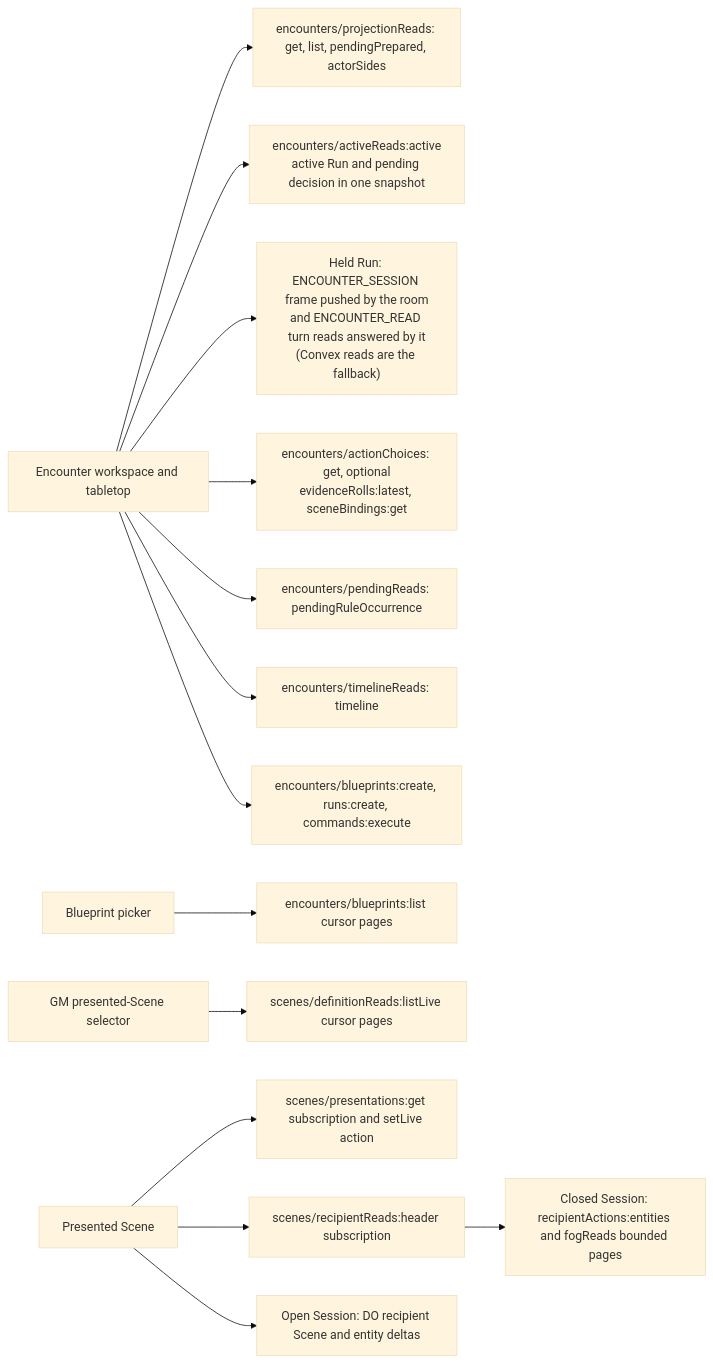
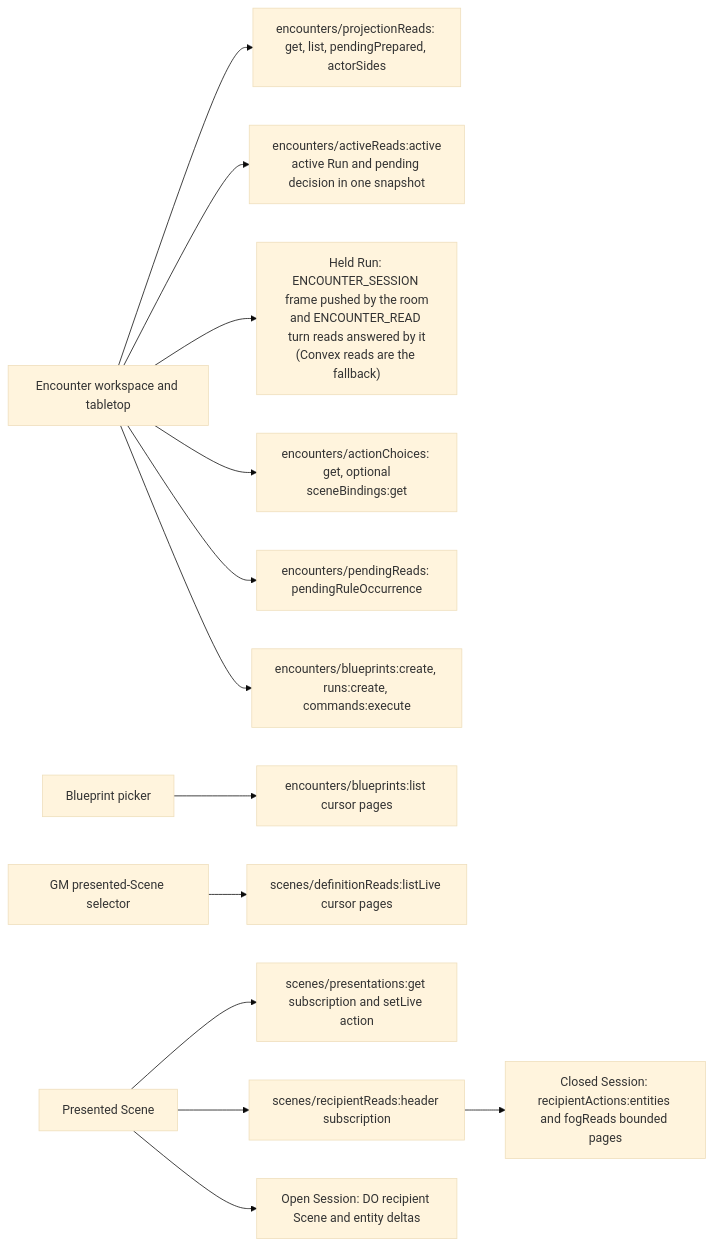
Before and after one commit to MPiland/artificer-toolkit: the third of 5 diagrams in docs/architecture/transport.md, drawn with Mermaid (base theme). The commit also changed 140 other files, not shown here.

````diff
--- a/docs/architecture/transport.md
+++ b/docs/architecture/transport.md
@@ -295,16 +295,15 @@
 ```mermaid
 flowchart LR
   Encounter["Encounter workspace and tabletop"] --> Reads["encounters/projectionReads: get, list, pendingPrepared, actorSides"]
   Encounter --> Session["encounters/activeReads:active<br/>active Run and pending decision in one snapshot"]
   Encounter --> Held["Held Run: ENCOUNTER_SESSION frame pushed by the room<br/>and ENCOUNTER_READ turn reads answered by it<br/>(Convex reads are the fallback)"]
-  Encounter --> TurnReads["encounters/actionChoices: get, optional<br/>evidenceRolls:latest, sceneBindings:get"]
+  Encounter --> TurnReads["encounters/actionChoices: get, optional<br/>sceneBindings:get"]
   Encounter --> Pending["encounters/pendingReads: pendingRuleOccurrence"]
-  Encounter --> Timeline["encounters/timelineReads: timeline"]
   Encounter --> Writes["encounters/blueprints:create, runs:create, commands:execute"]
   Blueprints["Blueprint picker"] --> Pages["encounters/blueprints:list cursor pages"]
   Selector["GM presented-Scene selector"] --> Scenes["scenes/definitionReads:listLive cursor pages"]
   Tabletop["Presented Scene"] --> Presentation["scenes/presentations:get subscription and setLive action"]
   Tabletop --> Header["scenes/recipientReads:header subscription"]
   Tabletop --> Room["Open Session: DO recipient Scene and entity deltas"]
   Header --> Hydration["Closed Session: recipientActions:entities and fogReads bounded pages"]
 ```
````
